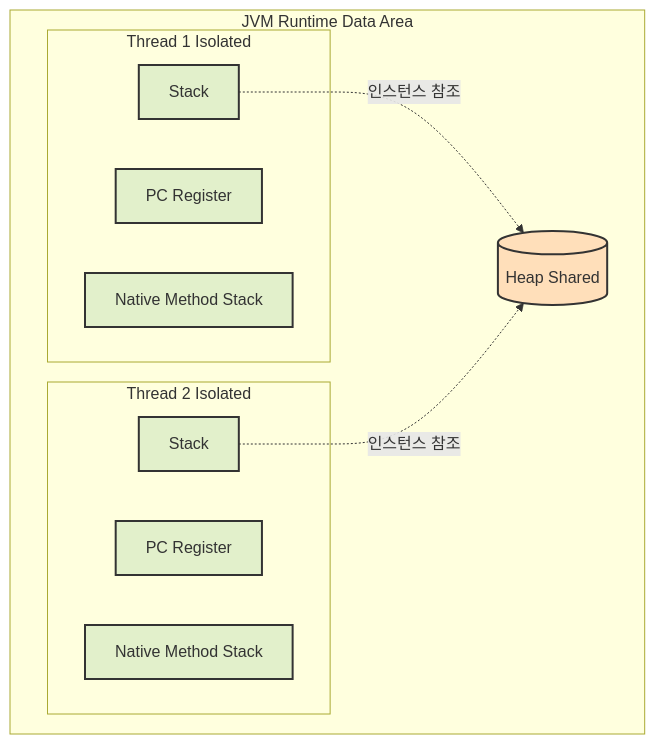
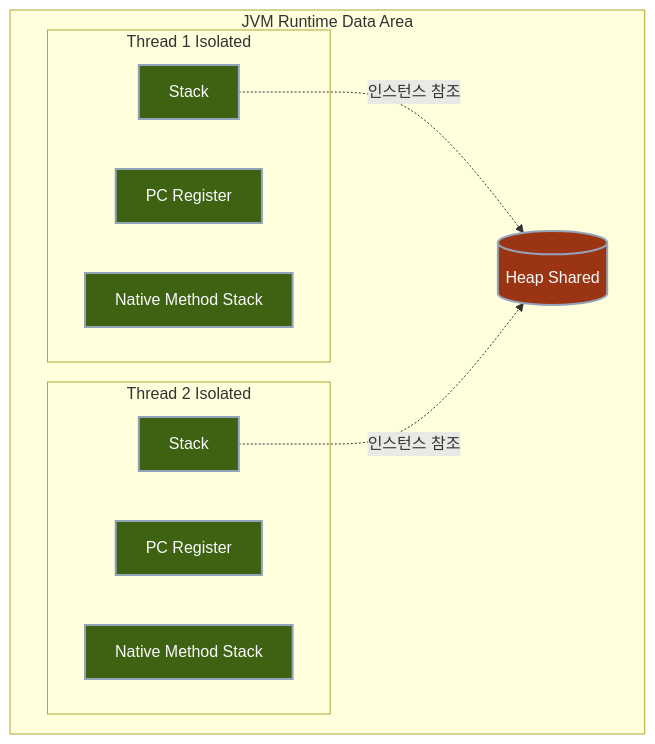
Before and after one commit to Kang-Hyesung/kang-hyesung.github.io: the second of 2 diagrams in _posts/java/14-JVM과_스레드/2026-03-29-플랫폼-스레드와-커널-스레드.md, drawn with Mermaid. The commit also changed other lines of this file and 74 other files, not shown here.

Commit message:
docs: update post visibility and mermaid colors

````diff
--- a/_posts/java/14-JVM과_스레드/2026-03-29-플랫폼-스레드와-커널-스레드.md
+++ b/_posts/java/14-JVM과_스레드/2026-03-29-플랫폼-스레드와-커널-스레드.md
@@ -61,30 +61,30 @@
 ```mermaid
 graph TD
     subgraph jvm_area [JVM Runtime Data Area]
         subgraph t1_area [Thread 1 Isolated]
             A["Stack"]
             B["PC Register"]
             C["Native Method Stack"]
         end
         
         subgraph t2_area [Thread 2 Isolated]
             D["Stack"]
             E["PC Register"]
             F["Native Method Stack"]
         end
         
         G[("Heap Shared")]
         
         A -. "인스턴스 참조" .-> G
         D -. "인스턴스 참조" .-> G
     end
 
     %% 스타일 정의
-    style A fill:#e2f0cb,stroke:#333,stroke-width:2px
-    style B fill:#e2f0cb,stroke:#333,stroke-width:2px
-    style C fill:#e2f0cb,stroke:#333,stroke-width:2px
-    style D fill:#e2f0cb,stroke:#333,stroke-width:2px
-    style E fill:#e2f0cb,stroke:#333,stroke-width:2px
-    style F fill:#e2f0cb,stroke:#333,stroke-width:2px
-    style G fill:#ffdfba,stroke:#333,stroke-width:2px
+    style A fill:#3f6212,stroke:#94a3b8,stroke-width:2px,color:#f8fafc
+    style B fill:#3f6212,stroke:#94a3b8,stroke-width:2px,color:#f8fafc
+    style C fill:#3f6212,stroke:#94a3b8,stroke-width:2px,color:#f8fafc
+    style D fill:#3f6212,stroke:#94a3b8,stroke-width:2px,color:#f8fafc
+    style E fill:#3f6212,stroke:#94a3b8,stroke-width:2px,color:#f8fafc
+    style F fill:#3f6212,stroke:#94a3b8,stroke-width:2px,color:#f8fafc
+    style G fill:#9a3412,stroke:#94a3b8,stroke-width:2px,color:#f8fafc
 ```
````
